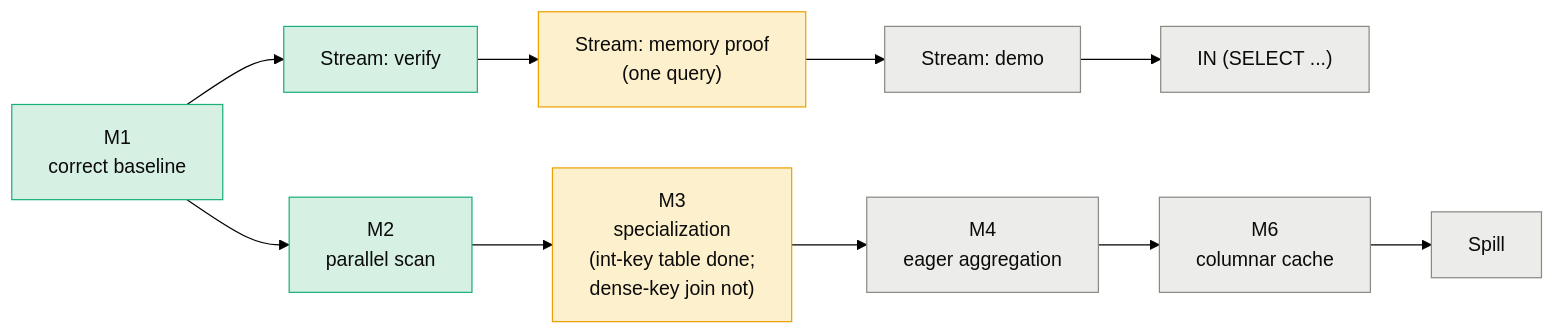
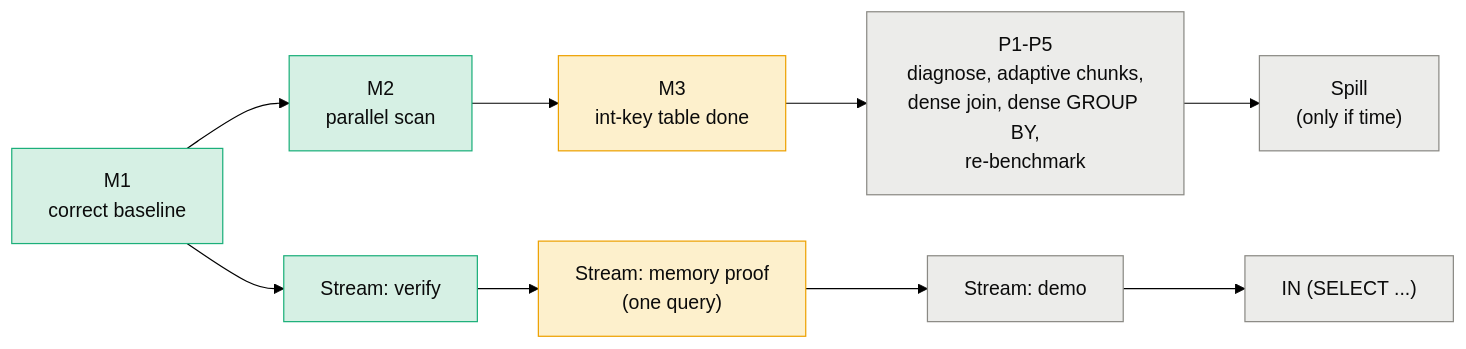
One commit to DevAriwala2712/SenkoParse changed the diagram in docs/status.md. Above: the diagram before and after it, drawn with Mermaid (forest theme). The commit also changed other lines of this file and 14 other files, not shown here.

````diff
--- a/docs/status.md
+++ b/docs/status.md
@@ -6,11 +6,11 @@
 ```mermaid
 flowchart LR
     classDef done fill:#d6f0e4,stroke:#1baf7a,color:#0b0b0b
     classDef part fill:#fdf0cc,stroke:#eda100,color:#0b0b0b
     classDef todo fill:#ececea,stroke:#8a8984,color:#0b0b0b
     M1["M1<br/>correct baseline"]:::done --> M2["M2<br/>parallel scan"]:::done
-    M2 --> M3["M3<br/>specialization<br/>(int-key table done;<br/>dense-key join not)"]:::part
-    M3 --> M4["M4<br/>eager aggregation"]:::todo
+    M2 --> M3["M3<br/>int-key table done"]:::part
+    M3 --> M4["P1-P5<br/>diagnose, adaptive chunks,<br/>dense join, dense GROUP BY,<br/>re-benchmark"]:::todo
     M1 --> S1["Stream: verify"]:::done --> S2["Stream: memory proof<br/>(one query)"]:::part --> S3["Stream: demo"]:::todo --> S4["IN (SELECT ...)"]:::todo
-    M4 --> M6["M6<br/>columnar cache"]:::todo --> SP["Spill"]:::todo
+    M4 --> SP["Spill<br/>(only if time)"]:::todo
 ```
````
